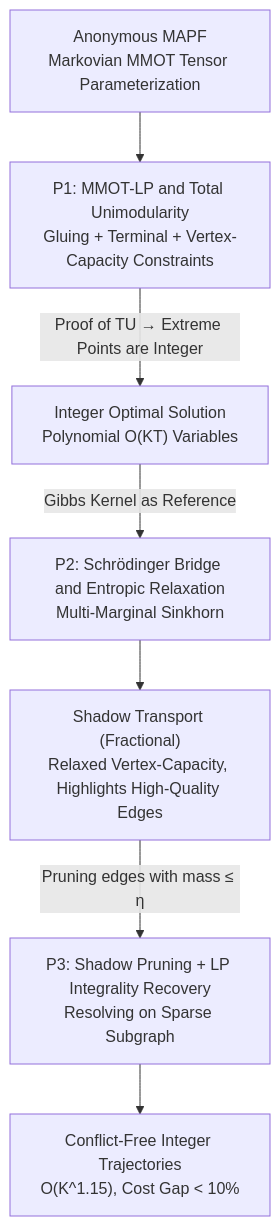
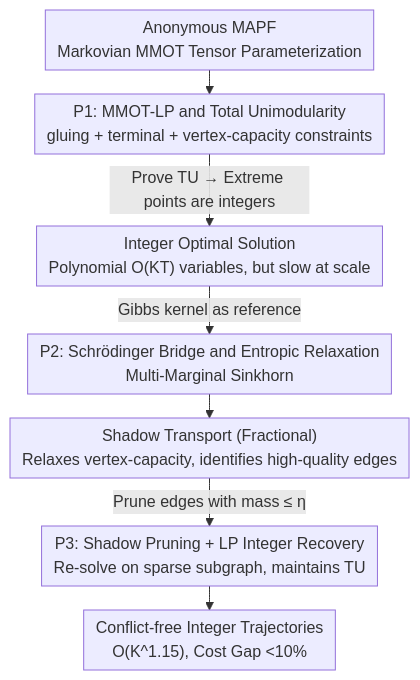
The diagram in docs/ICML2026/robotics/optimal_and_scalable_mapf_via_multi-marginal_optimal_transport_and_schrödinger_b.md (zhaoyang97/Paper-Notes-en), drawn with Mermaid before and after one commit. The commit also changed other lines of this file and 5084 other files, not shown here.

````diff
--- a/docs/ICML2026/robotics/optimal_and_scalable_mapf_via_multi-marginal_optimal_transport_and_schrödinger_b.md
+++ b/docs/ICML2026/robotics/optimal_and_scalable_mapf_via_multi-marginal_optimal_transport_and_schrödinger_b.md
@@ -45,9 +45,10 @@
 ```mermaid
-graph TD
-    A["Anonymous MAPF<br/>Markovian MMOT Tensor Parameterization"] --> B["P1: MMOT-LP and Total Unimodularity<br/>Gluing + Terminal + Vertex-Capacity Constraints"]
-    B -->|"Proof of TU → Extreme Points are Integer"| C["Integer Optimal Solution<br/>Polynomial O(KT) Variables"]
-    C -->|"Gibbs Kernel as Reference"| D["P2: Schrödinger Bridge and Entropic Relaxation<br/>Multi-Marginal Sinkhorn"]
-    D --> E["Shadow Transport (Fractional)<br/>Relaxed Vertex-Capacity, Highlights High-Quality Edges"]
-    E -->|"Pruning edges with mass ≤ η"| F["P3: Shadow Pruning + LP Integrality Recovery<br/>Resolving on Sparse Subgraph"]
-    F --> G["Conflict-Free Integer Trajectories<br/>O(K^1.15), Cost Gap < 10%"]
+%%{init: {'flowchart': {'rankSpacing': 24, 'nodeSpacing': 28, 'padding': 6, 'wrappingWidth': 400}}}%%
+flowchart TD
+    A["Anonymous MAPF<br/>Markovian MMOT Tensor Parameterization"] --> B["P1: MMOT-LP and Total Unimodularity<br/>gluing + terminal + vertex-capacity constraints"]
+    B -->|"Prove TU → Extreme points are integers"| C["Integer Optimal Solution<br/>Polynomial O(KT) variables, but slow at scale"]
+    C -->|"Gibbs kernel as reference"| D["P2: Schrödinger Bridge and Entropic Relaxation<br/>Multi-Marginal Sinkhorn"]
+    D --> E["Shadow Transport (Fractional)<br/>Relaxes vertex-capacity, identifies high-quality edges"]
+    E -->|"Prune edges with mass ≤ η"| F["P3: Shadow Pruning + LP Integer Recovery<br/>Re-solve on sparse subgraph, maintains TU"]
+    F --> G["Conflict-free Integer Trajectories<br/>O(K^1.15), Cost Gap <10%"]
 ```
````
